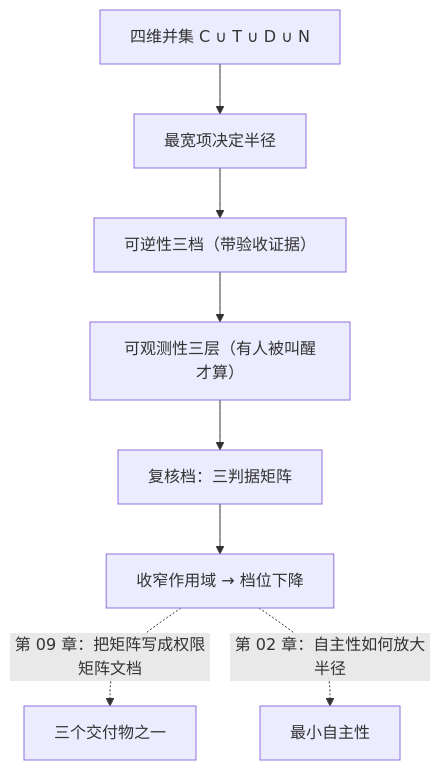
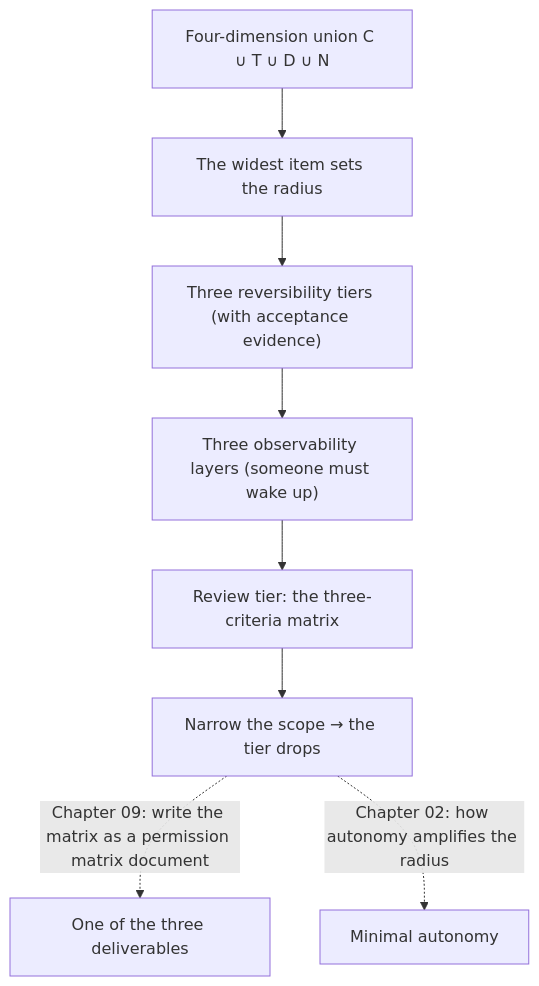
The diagram in phase4/chapters/ch04-blast-radius.md (xzlxiao/vibe-coding-textbook), drawn with Mermaid before and after one commit. The commit also changed other lines of this file and 10 other files, not shown here.

````diff
--- a/phase4/chapters/ch04-blast-radius.md
+++ b/phase4/chapters/ch04-blast-radius.md
@@ -270,10 +270,10 @@
 ```mermaid
 flowchart TD
-    A["四维并集 C ∪ T ∪ D ∪ N"] --> B["最宽项决定半径"]
-    B --> C["可逆性三档（带验收证据）"]
-    C --> D["可观测性三层（有人被叫醒才算）"]
-    D --> E["复核档：三判据矩阵"]
-    E --> F["收窄作用域 → 档位下降"]
-    F -.->|"第 09 章：把矩阵写成权限矩阵文档"| N["三个交付物之一"]
-    F -.->|"第 02 章：自主性如何放大半径"| M["最小自主性"]
+    A["Four-dimension union C ∪ T ∪ D ∪ N"] --> B["The widest item sets the radius"]
+    B --> C["Three reversibility tiers (with acceptance evidence)"]
+    C --> D["Three observability layers (someone must wake up)"]
+    D --> E["Review tier: the three-criteria matrix"]
+    E --> F["Narrow the scope → the tier drops"]
+    F -.->|"Chapter 09: write the matrix as a permission matrix document"| N["One of the three deliverables"]
+    F -.->|"Chapter 02: how autonomy amplifies the radius"| M["Minimal autonomy"]
 ```
````
